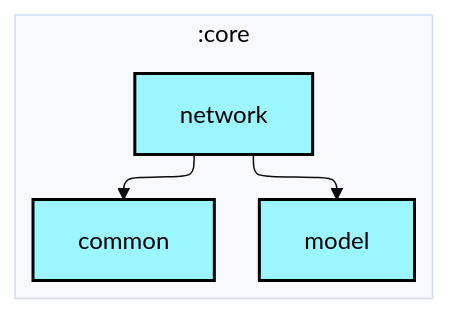
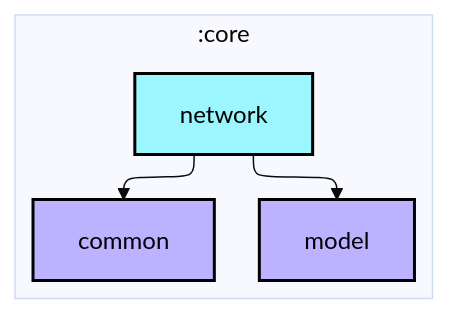
The first of 2 diagrams in core/network/README.md (lihenggui/nowinkmp), drawn with Mermaid (base theme) before and after one commit. The commit also changed other lines of this file and 26 other files, not shown here.

First line of the commit message:
Revert "Updates module graphs"

````diff
--- a/core/network/README.md
+++ b/core/network/README.md
@@ -6,25 +6,25 @@
 ```mermaid
 ---
 config:
   layout: elk
   elk:
     nodePlacementStrategy: SIMPLE
 ---
 graph TB
   subgraph :core
     direction TB
-    :core:common[common]:::kmp-library
-    :core:model[model]:::kmp-library
-    :core:network[network]:::kmp-library
+    :core:common[common]:::jvm-library
+    :core:model[model]:::jvm-library
+    :core:network[network]:::android-library
   end
 
   :core:network --> :core:common
   :core:network --> :core:model
 
-classDef cmp-application fill:#CAFFBF,stroke:#000,stroke-width:2px,color:#000;
-classDef cmp-feature fill:#FFD6A5,stroke:#000,stroke-width:2px,color:#000;
-classDef kmp-library fill:#9BF6FF,stroke:#000,stroke-width:2px,color:#000;
+classDef android-application fill:#CAFFBF,stroke:#000,stroke-width:2px,color:#000;
+classDef android-feature fill:#FFD6A5,stroke:#000,stroke-width:2px,color:#000;
+classDef android-library fill:#9BF6FF,stroke:#000,stroke-width:2px,color:#000;
+classDef android-test fill:#A0C4FF,stroke:#000,stroke-width:2px,color:#000;
 classDef jvm-library fill:#BDB2FF,stroke:#000,stroke-width:2px,color:#000;
-classDef android-test fill:#A0C4FF,stroke:#000,stroke-width:2px,color:#000;
 classDef unknown fill:#FFADAD,stroke:#000,stroke-width:2px,color:#000;
 ```
````
